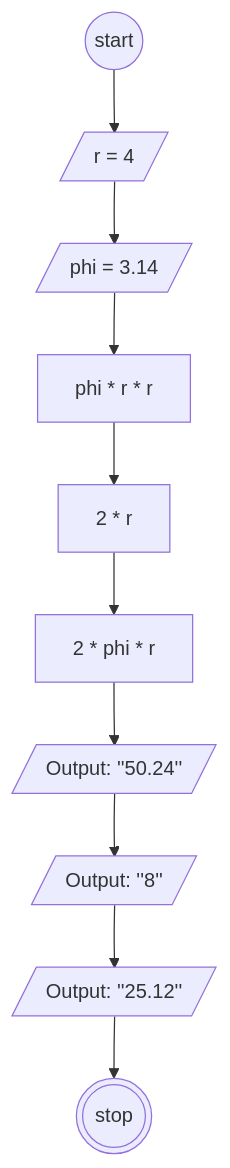
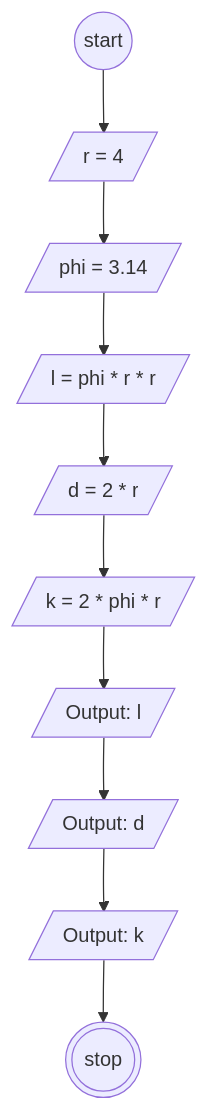
Before and after one commit to AbiPasundan/koda-b6-javascript1: the diagram in README.md, drawn with Mermaid. The commit also changed 1 other file, not shown here.

````diff
--- a/README.md
+++ b/README.md
@@ -16,19 +16,19 @@
 ```mermaid
 flowchart TB
  Start@{ shape: circ, label: "start"}
  r@{ shape: lean-r, label: "r = 4"}
  phi@{ shape: lean-r, label: "phi = 3.14"}
 
 
- l@{ shape: rect, label: "phi * r * r "}
- d@{ shape: rect, label: "2 * r "}
- k@{ shape: rect, label: "2 * phi * r "}
+ l@{ shape: lean-r, label: "l = phi * r * r "}
+ d@{ shape: lean-r, label: "d = 2 * r "}
+ k@{ shape: lean-r, label: "k = 2 * phi * r "}
 
 
- OutputL@{ shape: lean-r, label: "Output: ''50.24''"}
- OutputD@{ shape: lean-r, label: "Output: ''8''"}
- OutputK@{ shape: lean-r, label: "Output: ''25.12''"}
+ OutputL@{ shape: lean-r, label: "Output: l"}
+ OutputD@{ shape: lean-r, label: "Output: d"}
+ OutputK@{ shape: lean-r, label: "Output: k"}
  Stop@{ shape: dbl-circ, label: "stop"}
 
 Start-->r-->phi-->l-->d-->k-->OutputL-->OutputD-->OutputK-->Stop
 ```
````
